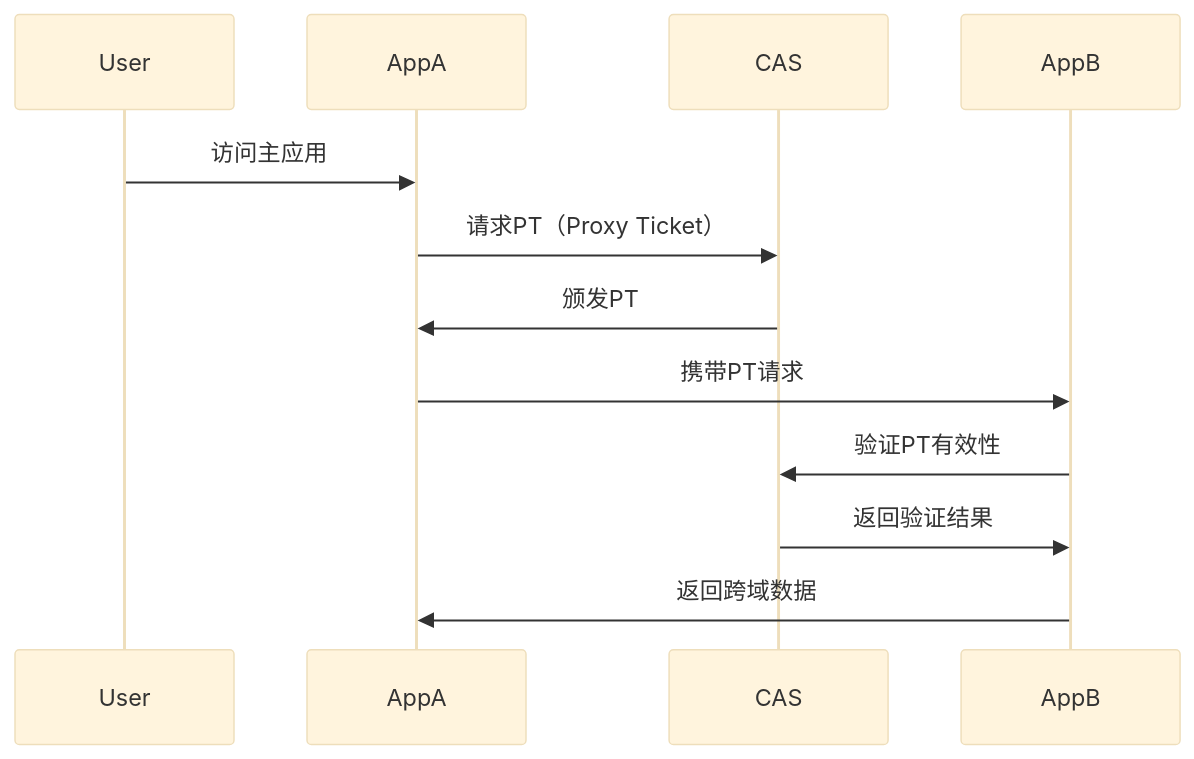
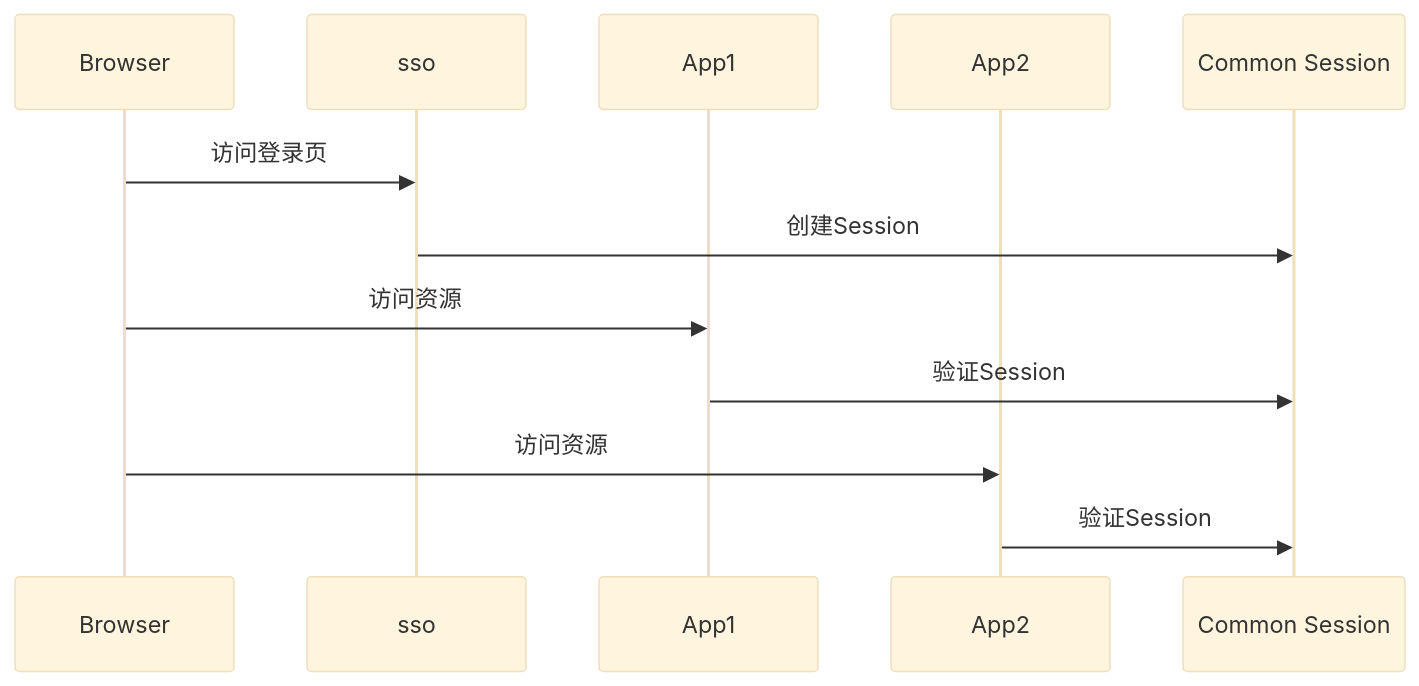
Before and after one commit to Liu-Xueting/vitepress-summary: the fourth of 6 diagrams in docs/oauth/sso/base.md, drawn with Mermaid (base theme). The commit also changed other lines of this file and 25 other files, not shown here.

````diff
--- a/docs/oauth/sso/base.md
+++ b/docs/oauth/sso/base.md
@@ -92,15 +66,15 @@
 ```mermaid
 sequenceDiagram
-    participant User
-    participant AppA
-    participant CAS
-    participant AppB
+    participant Browser
+    participant sso
+    participant App1
+    participant App2
+    participant Common Session
 
-    User->>AppA: 访问主应用
-    AppA->>CAS: 请求PT（Proxy Ticket）
-    CAS->>AppA: 颁发PT
-    AppA->>AppB: 携带PT请求
-    AppB->>CAS: 验证PT有效性
-    CAS->>AppB: 返回验证结果
-    AppB->>AppA: 返回跨域数据
+    Browser->>sso: 访问登录页
+    sso->>Common Session: 创建Session
+    Browser->>App1: 访问资源
+    App1->>Common Session: 验证Session
+    Browser->>App2: 访问资源
+    App2->>Common Session: 验证Session
 ```
````
